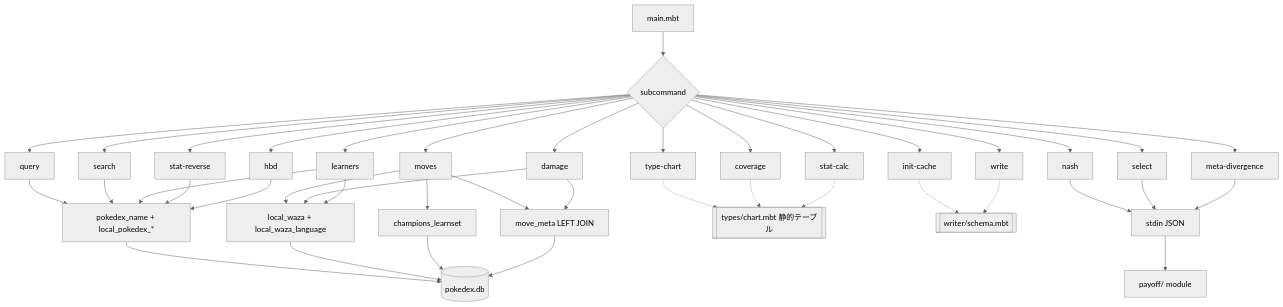
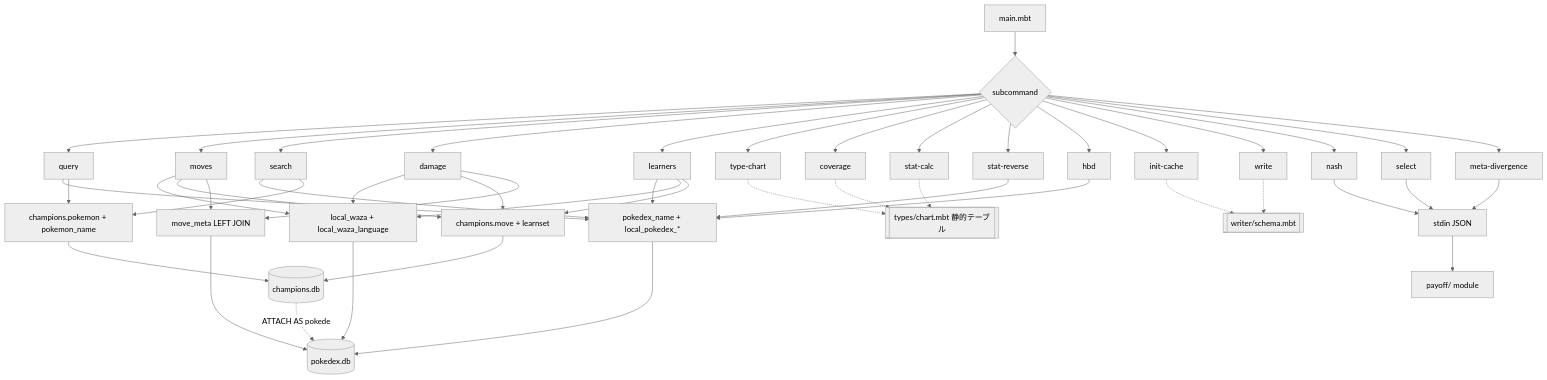
The sixth of 9 diagrams in .claude/architecture.md (pkdxtools/pkdx), drawn with Mermaid (neutral theme) before and after one commit. The commit also changed other lines of this file and 10 other files, not shown here.

````diff
--- a/.claude/architecture.md
+++ b/.claude/architecture.md
@@ -238,48 +240,54 @@
 ```mermaid
 flowchart TD
   Main[main.mbt] --> Cmd{subcommand}
 
   Cmd --> Q[query]
   Cmd --> MV[moves]
   Cmd --> SR[search]
   Cmd --> DMG[damage]
   Cmd --> LR[learners]
   Cmd --> TC[type-chart]
   Cmd --> CV[coverage]
   Cmd --> SC[stat-calc]
   Cmd --> SRV[stat-reverse]
   Cmd --> HBD[hbd]
   Cmd --> IC[init-cache]
   Cmd --> WR[write]
   Cmd --> NA[nash]
   Cmd --> SE[select]
   Cmd --> MD[meta-divergence]
 
   Q --> T1[pokedex_name + local_pokedex_*]
+  Q --> CT1[champions.pokemon + pokemon_name]
   MV --> T2[local_waza + local_waza_language]
-  MV --> T3[champions_learnset]
+  MV --> CT2[champions.move + learnset]
   MV --> TMM[move_meta LEFT JOIN]
   SR --> T1
+  SR --> CT1
   DMG --> T2
+  DMG --> CT2
   DMG --> TMM
   LR --> T1
   LR --> T2
+  LR --> CT2
   TC -.-> Static[[types/chart.mbt 静的テーブル]]
   CV -.-> Static
   SC -.-> Static
   SRV --> T1
   HBD --> T1
   IC -.-> Schema[[writer/schema.mbt]]
   WR -.-> Schema
 
   NA --> STDIN_JSON[stdin JSON]
   SE --> STDIN_JSON
   MD --> STDIN_JSON
 
   STDIN_JSON --> PayoffLayer[payoff/ module]
 
-  T1 --> DB[(pokedex.db)]
-  T2 --> DB
-  T3 --> DB
-  TMM --> DB
+  T1 --> PDB[(pokedex.db)]
+  T2 --> PDB
+  TMM --> PDB
+  CT1 --> CDB[(champions.db)]
+  CT2 --> CDB
+  CDB -.ATTACH AS pokedex.-> PDB
 ```
````
